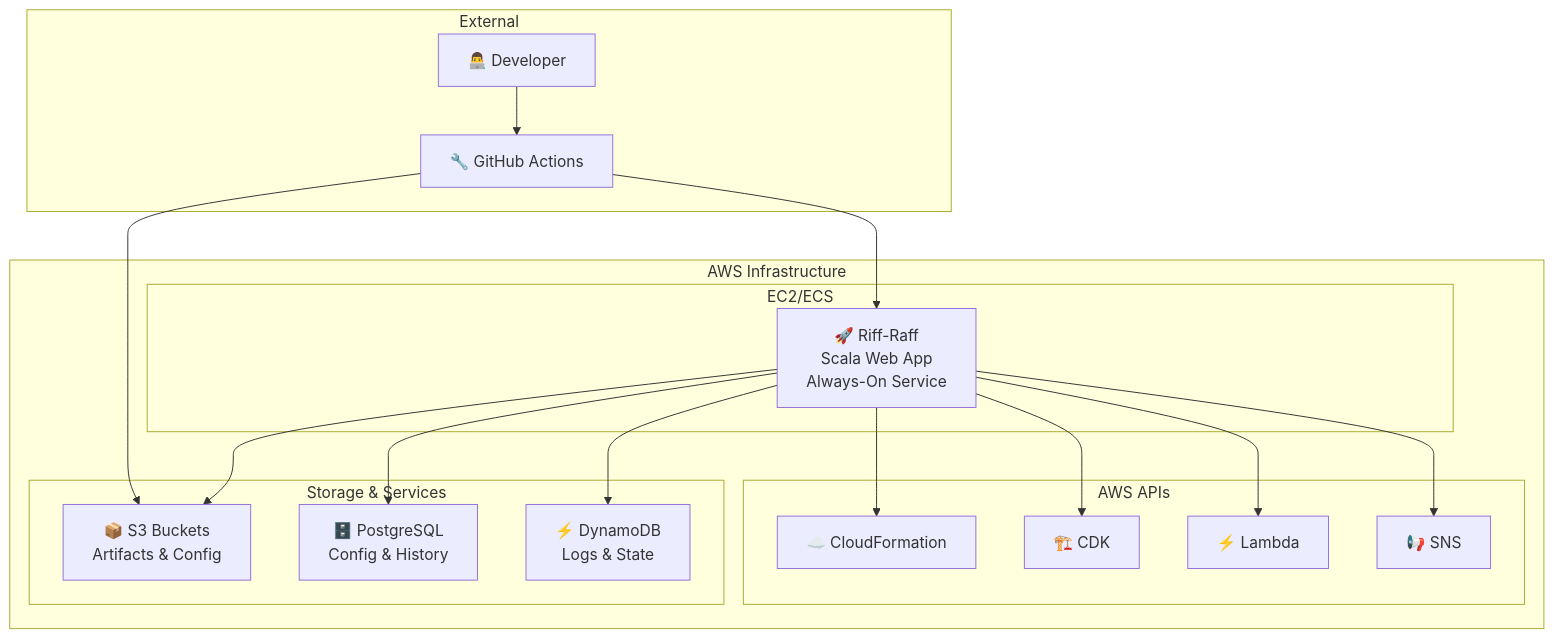
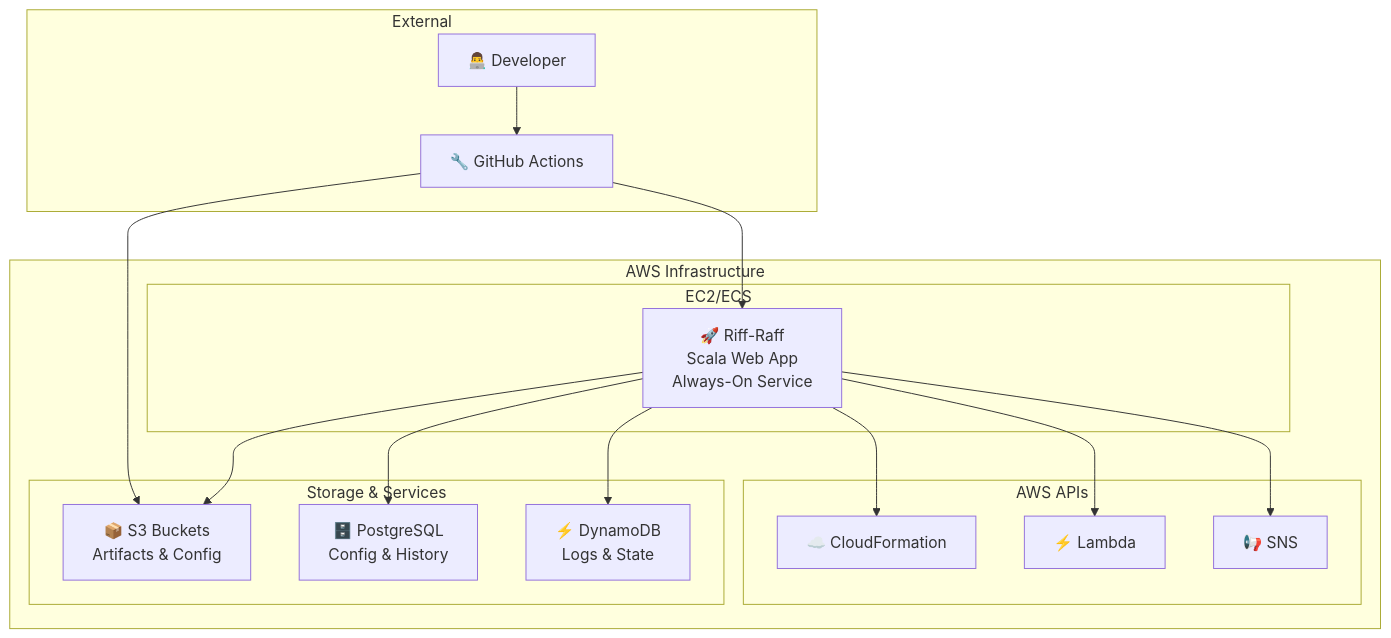
The first of 2 diagrams in readme.md (guardian/riff-raff), drawn with Mermaid before and after one commit. The commit also changed other lines of this file, not shown here.

````diff
--- a/readme.md
+++ b/readme.md
@@ -108,37 +108,35 @@
 ```mermaid
 graph TB
     subgraph "AWS Infrastructure"
         subgraph "EC2/ECS"
             RR[🚀 Riff-Raff<br/>Scala Web App<br/>Always-On Service]
         end
         
         subgraph "Storage & Services"
             S3[📦 S3 Buckets<br/>Artifacts & Config]
             RDS[🗄️ PostgreSQL<br/>Config & History]
             DDB[⚡ DynamoDB<br/>Logs & State]
         end
         
         subgraph "AWS APIs"
             CF[☁️ CloudFormation]
-            CDK[🏗️ CDK]
             LAMBDA[⚡ Lambda]
             SNS[📢 SNS]
         end
     end
     
     subgraph "External"
         GHA[🔧 GitHub Actions]
         DEV[👨‍💻 Developer]
     end
     
     DEV --> GHA
     GHA --> S3
     GHA --> RR
     RR --> S3
     RR --> RDS
     RR --> DDB
     RR --> CF
-    RR --> CDK
     RR --> LAMBDA
     RR --> SNS
 ```
````
